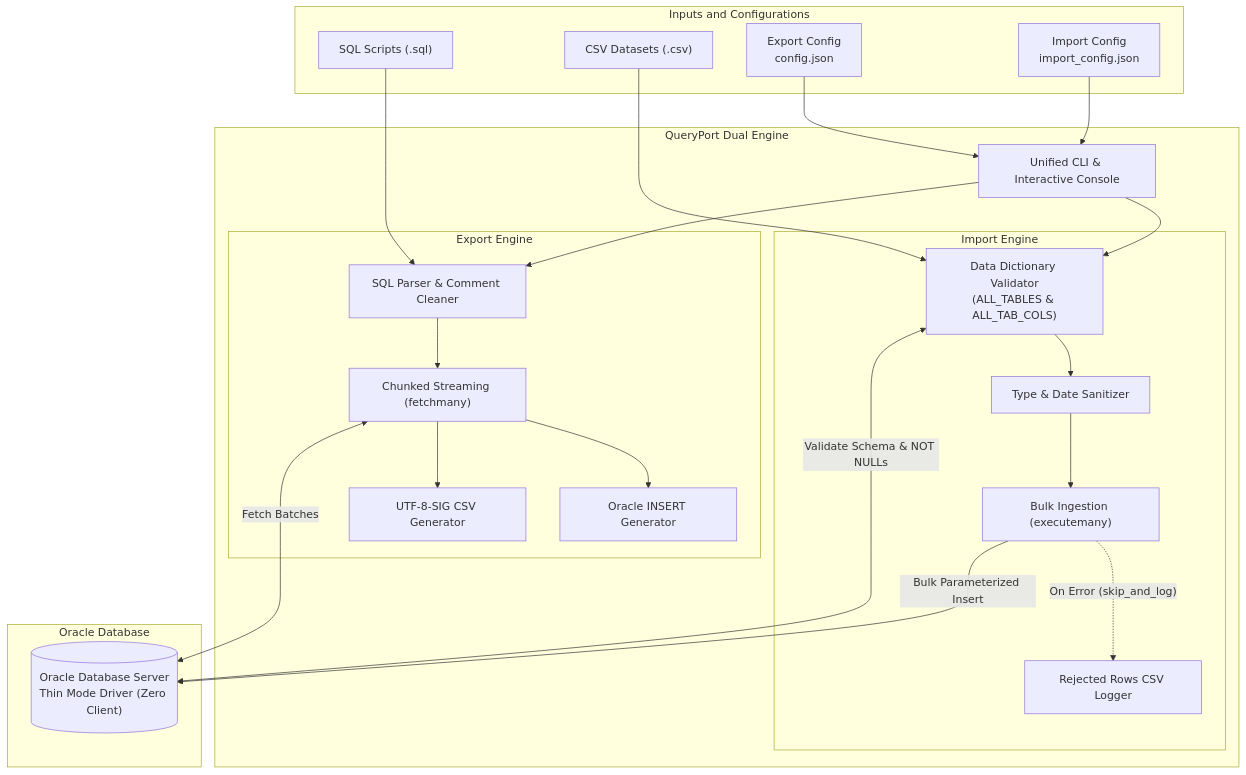
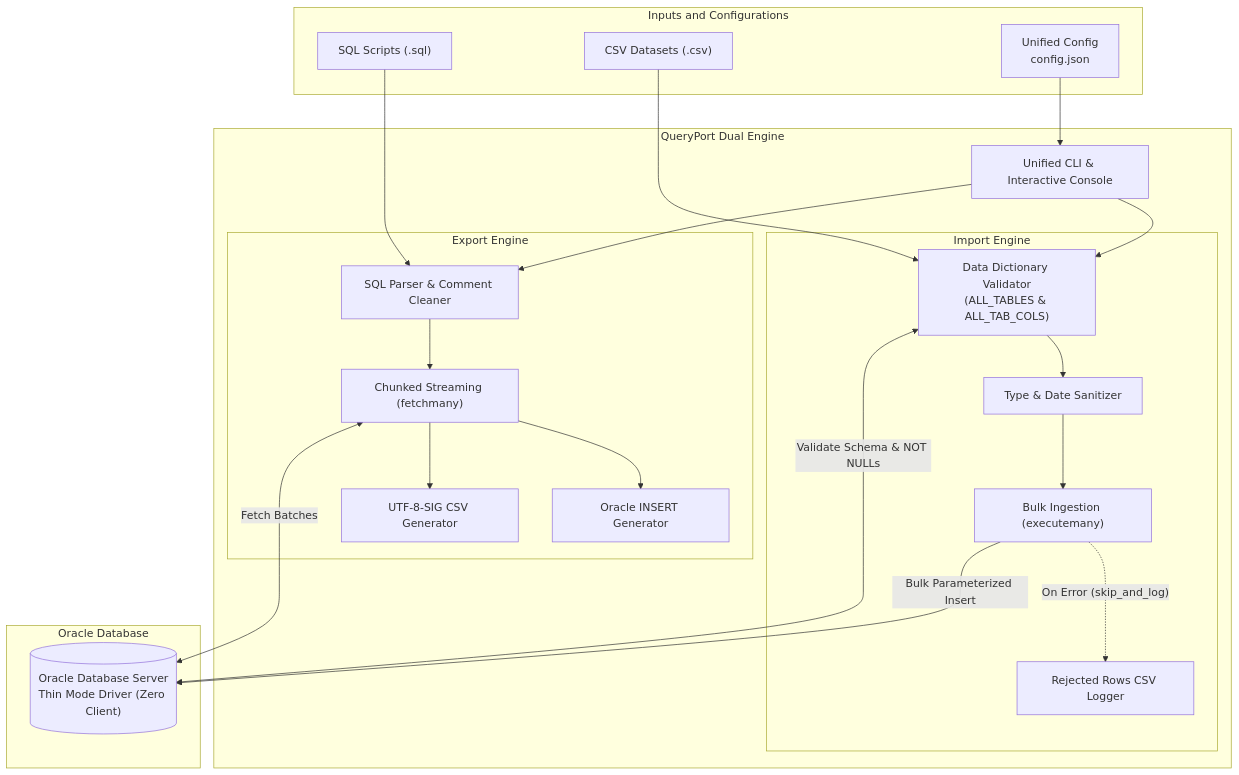
The diagram in README.en.md (hamid-morsali-786/QueryPort), drawn with Mermaid before and after one commit. The commit also changed other lines of this file and 14 other files, not shown here.

````diff
--- a/README.en.md
+++ b/README.en.md
@@ -105,50 +105,48 @@
 ```mermaid
 flowchart TD
     subgraph Inputs and Configurations
         SQLIn["SQL Scripts (.sql)"]
         CSVIn["CSV Datasets (.csv)"]
-        ConfigExp["Export Config<br/>config.json"]
-        ConfigImp["Import Config<br/>import_config.json"]
+        Config["Unified Config<br/>config.json"]
     end
 
     subgraph QueryPort Dual Engine
         CLI["Unified CLI & Interactive Console"]
         
         subgraph Export Engine
             Parser["SQL Parser & Comment Cleaner"]
             StreamExp["Chunked Streaming (fetchmany)"]
             CSVGen["UTF-8-SIG CSV Generator"]
             SQLGen["Oracle INSERT Generator"]
         end
 
         subgraph Import Engine
             Validator["Data Dictionary Validator<br/>(ALL_TABLES & ALL_TAB_COLS)"]
             Cleaner["Type & Date Sanitizer"]
             Batcher["Bulk Ingestion (executemany)"]
             ErrLog["Rejected Rows CSV Logger"]
         end
     end
 
     subgraph Oracle Database
         Oracle[("Oracle Database Server<br/>Thin Mode Driver (Zero Client)")]
     end
 
-    ConfigExp --> CLI
-    ConfigImp --> CLI
+    Config --> CLI
     SQLIn --> Parser
     CSVIn --> Validator
 
     CLI --> Parser
     CLI --> Validator
 
     Parser --> StreamExp
     StreamExp <-->|"Fetch Batches"| Oracle
     StreamExp --> CSVGen
     StreamExp --> SQLGen
 
     Validator <-->|"Validate Schema & NOT NULLs"| Oracle
     Validator --> Cleaner
     Cleaner --> Batcher
     Batcher -->|"Bulk Parameterized Insert"| Oracle
     Batcher -.->|"On Error (skip_and_log)"| ErrLog
 ```
````
